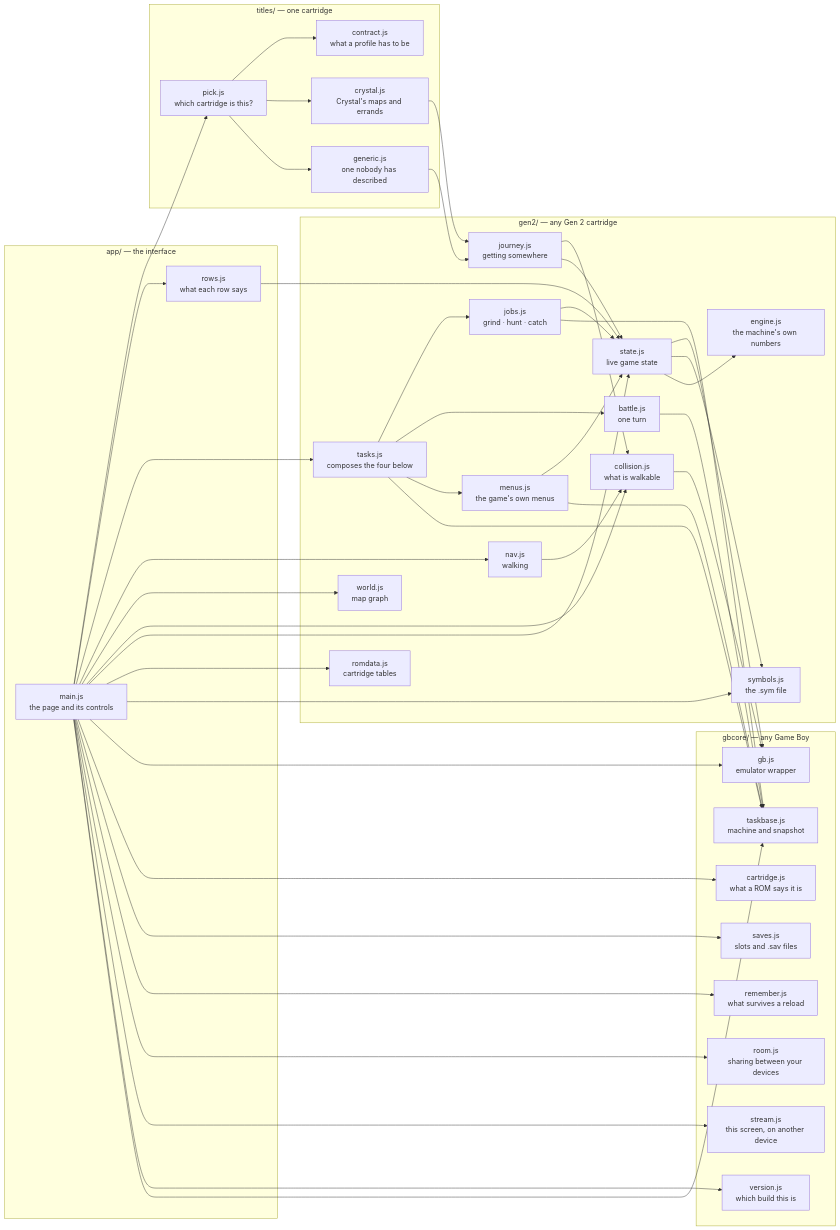
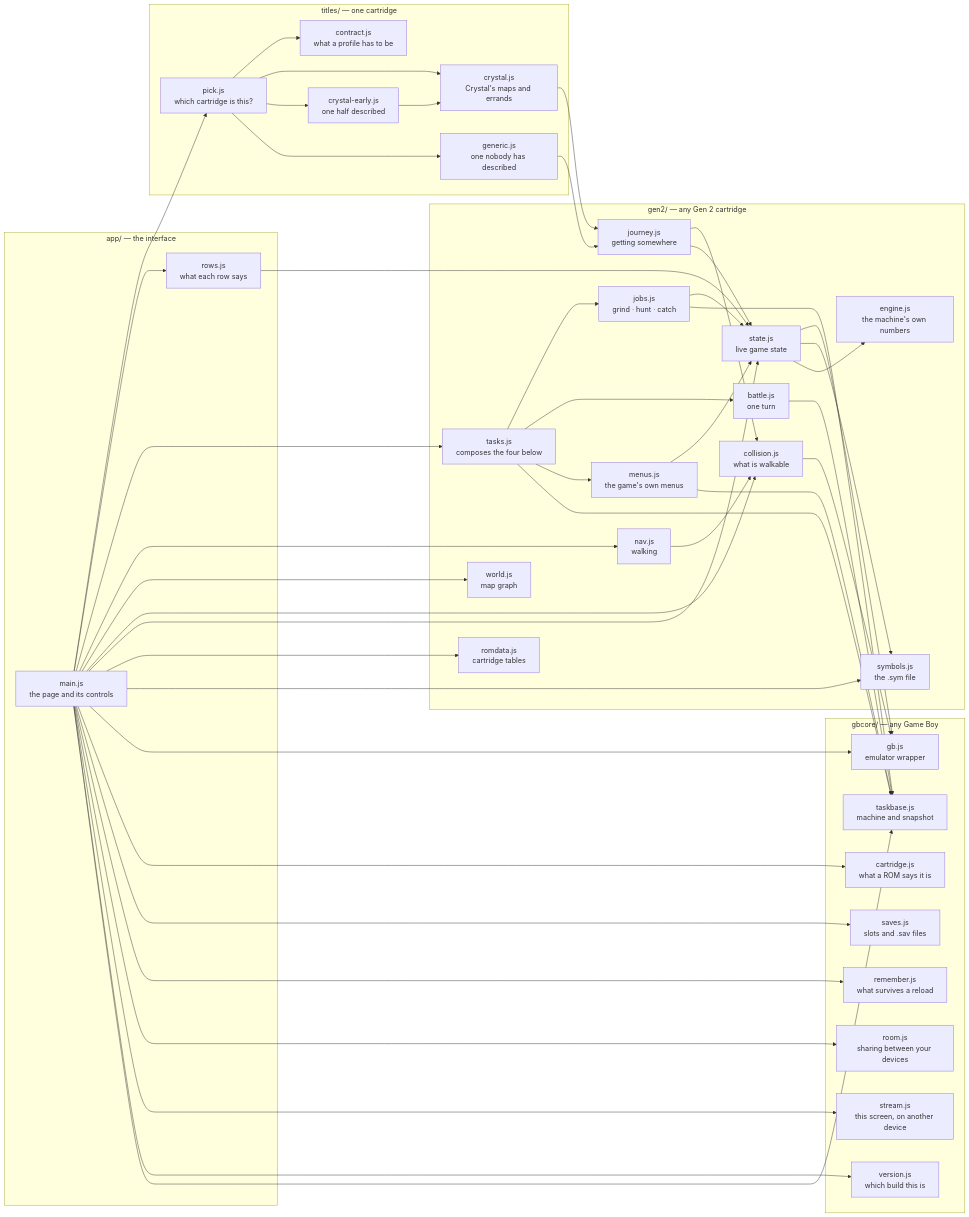
Before and after one commit to minormending/crystal-pilot-mobile: the second of 21 diagrams in docs/CODE.md, drawn with Mermaid. The commit also changed other lines of this file and 8 other files, not shown here.

````diff
--- a/docs/CODE.md
+++ b/docs/CODE.md
@@ -162,77 +162,80 @@
 ```mermaid
 flowchart LR
     subgraph app["app/ — the interface"]
         main["main.js<br/>the page and its controls"]
         rows["rows.js<br/>what each row says"]
     end
     subgraph titles["titles/ — one cartridge"]
         pick["pick.js<br/>which cartridge is this?"]
         contract["contract.js<br/>what a profile has to be"]
         title["crystal.js<br/>Crystal's maps and errands"]
+        early["crystal-early.js<br/>one half described"]
         gener["generic.js<br/>one nobody has described"]
     end
     subgraph gen2["gen2/ — any Gen 2 cartridge"]
         tasks["tasks.js<br/>composes the four below"]
         jour["journey.js<br/>getting somewhere"]
         jobs["jobs.js<br/>grind · hunt · catch"]
         btl["battle.js<br/>one turn"]
         menus["menus.js<br/>the game's own menus"]
         nav["nav.js<br/>walking"]
         world["world.js<br/>map graph"]
         coll["collision.js<br/>what is walkable"]
         state["state.js<br/>live game state"]
         rom["romdata.js<br/>cartridge tables"]
         sym["symbols.js<br/>the .sym file"]
         eng["engine.js<br/>the machine's own numbers"]
     end
     subgraph gbcore["gbcore/ — any Game Boy"]
         tbase["taskbase.js<br/>machine and snapshot"]
         saves["saves.js<br/>slots and .sav files"]
         rem["remember.js<br/>what survives a reload"]
         room["room.js<br/>sharing between your devices"]
         stream["stream.js<br/>this screen, on another device"]
         ver["version.js<br/>which build this is"]
         cart["cartridge.js<br/>what a ROM says it is"]
         gb["gb.js<br/>emulator wrapper"]
     end
 
     main --> pick
     pick --> contract
     pick --> title
+    pick --> early
     pick --> gener
     main --> rows
     main --> tasks
     main --> nav
     main --> world
     main --> coll
     main --> state
     main --> rom
     main --> sym
     main --> gb
     main --> cart
     main --> saves
     main --> rem
     main --> room
     main --> stream
     main --> ver
     main --> tbase
     rows --> state
     title --> jour
+    early --> title
     gener --> jour
     jour --> coll
     jour --> state
     tasks --> jobs
     tasks --> btl
     tasks --> menus
     tasks --> tbase
     jobs --> state
     jobs --> tbase
     btl --> tbase
     menus --> state
     menus --> tbase
     nav --> coll
     coll --> gb
     state --> gb
     state --> sym
     state --> eng
 ```
````
